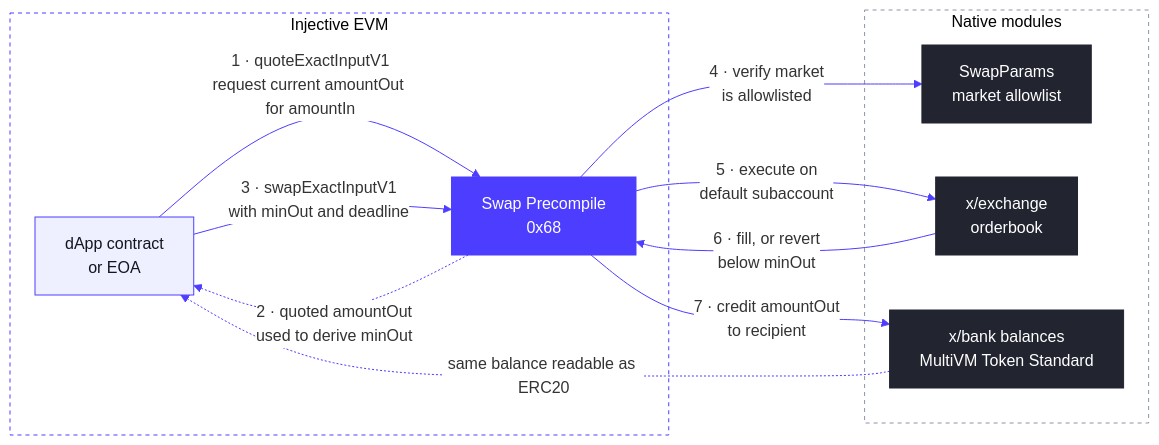
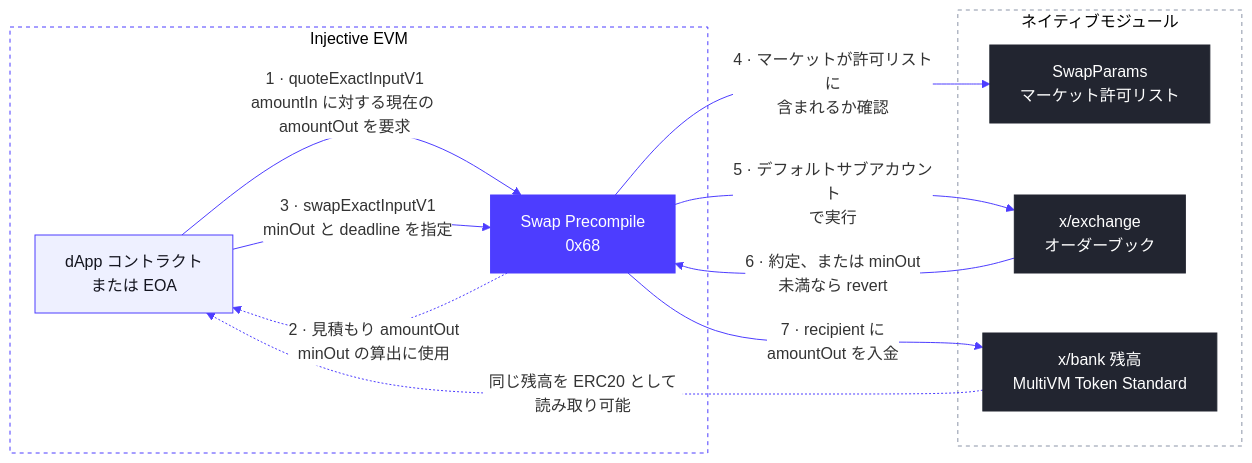
One commit to InjectiveLabs/injective-docs changed the diagram in .gitbook/jp/developers-evm/swap-precompile.mdx. Above: the diagram before and after it, drawn with Mermaid. The commit also changed other lines of this file and 2 other files, not shown here.

Commit message:
docs: translate swap precompile rollout banner and localnet demo note (zh-Hans, ko, jp)

````diff
--- a/.gitbook/jp/developers-evm/swap-precompile.mdx
+++ b/.gitbook/jp/developers-evm/swap-precompile.mdx
@@ -16,30 +20,30 @@
 ```mermaid
 %%{init: {"theme": "base", "themeVariables": {"background": "#FFFFFF", "primaryColor": "#FFFFFF", "lineColor": "#4D3DFF", "textColor": "#14151F"}}}%%
 flowchart LR
     subgraph EVM["Injective EVM"]
-        CALLER["dApp contract<br/>or EOA"]
+        CALLER["dApp コントラクト<br/>または EOA"]
         SWAP["Swap Precompile<br/>0x68"]
     end
-    subgraph NATIVE["Native modules"]
-        PARAMS["SwapParams<br/>market allowlist"]
-        EXCH["x/exchange<br/>orderbook"]
-        BANK["x/bank balances<br/>MultiVM Token Standard"]
+    subgraph NATIVE["ネイティブモジュール"]
+        PARAMS["SwapParams<br/>マーケット許可リスト"]
+        EXCH["x/exchange<br/>オーダーブック"]
+        BANK["x/bank 残高<br/>MultiVM Token Standard"]
     end
-    CALLER -->|"1 · quoteExactInputV1<br/>request current amountOut for amountIn"| SWAP
-    SWAP -.->|"2 · quoted amountOut<br/>used to derive minOut"| CALLER
-    CALLER -->|"3 · swapExactInputV1<br/>with minOut and deadline"| SWAP
-    SWAP -->|"4 · verify market<br/>is allowlisted"| PARAMS
-    SWAP -->|"5 · execute on<br/>default subaccount"| EXCH
-    EXCH -->|"6 · fill, or revert<br/>below minOut"| SWAP
-    SWAP -->|"7 · credit amountOut<br/>to recipient"| BANK
-    BANK -.->|"same balance readable as ERC20"| CALLER
+    CALLER -->|"1 · quoteExactInputV1<br/>amountIn に対する現在の amountOut を要求"| SWAP
+    SWAP -.->|"2 · 見積もり amountOut<br/>minOut の算出に使用"| CALLER
+    CALLER -->|"3 · swapExactInputV1<br/>minOut と deadline を指定"| SWAP
+    SWAP -->|"4 · マーケットが許可リストに<br/>含まれるか確認"| PARAMS
+    SWAP -->|"5 · デフォルトサブアカウント<br/>で実行"| EXCH
+    EXCH -->|"6 · 約定、または minOut<br/>未満なら revert"| SWAP
+    SWAP -->|"7 · recipient に<br/>amountOut を入金"| BANK
+    BANK -.->|"同じ残高を ERC20 として読み取り可能"| CALLER
 
     classDef caller fill:#EEF0FF,stroke:#4D3DFF,color:#14151F
     classDef precompile fill:#4D3DFF,stroke:#4D3DFF,color:#FFFFFF
     classDef native fill:#222530,stroke:#222530,color:#FFFFFF
     class CALLER caller
     class SWAP precompile
     class PARAMS,EXCH,BANK native
     style EVM fill:#FFFFFF,stroke:#4D3DFF,stroke-dasharray:4
     style NATIVE fill:#FFFFFF,stroke:#8B94A7,stroke-dasharray:4
 ```
````
